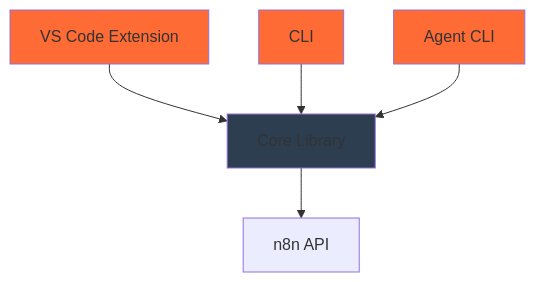
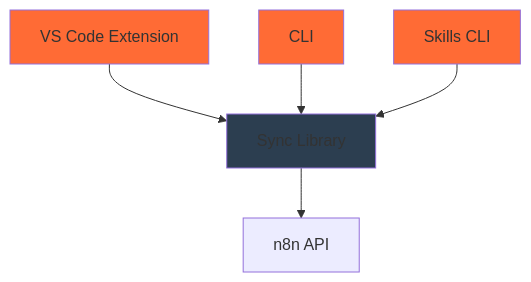
One commit to EtienneLescot/n8n-as-code changed the first of 3 diagrams in docs/docs/contribution/architecture.md. Above: the diagram before and after it, drawn with Mermaid. The commit also changed other lines of this file and 70 other files, not shown here.

First line of the commit message:
Refactor package names from core to sync and agent-cli to skills

````diff
--- a/docs/docs/contribution/architecture.md
+++ b/docs/docs/contribution/architecture.md
@@ -27,12 +27,12 @@
 ```mermaid
 graph TD
-    A[VS Code Extension] --> B[Core Library]
+    A[VS Code Extension] --> B[Sync Library]
     C[CLI] --> B
-    D[Agent CLI] --> B
+    D[Skills CLI] --> B
     B --> E[n8n API]
     
     style A fill:#ff6b35
     style C fill:#ff6b35
     style D fill:#ff6b35
     style B fill:#2c3e50
 ```
````
